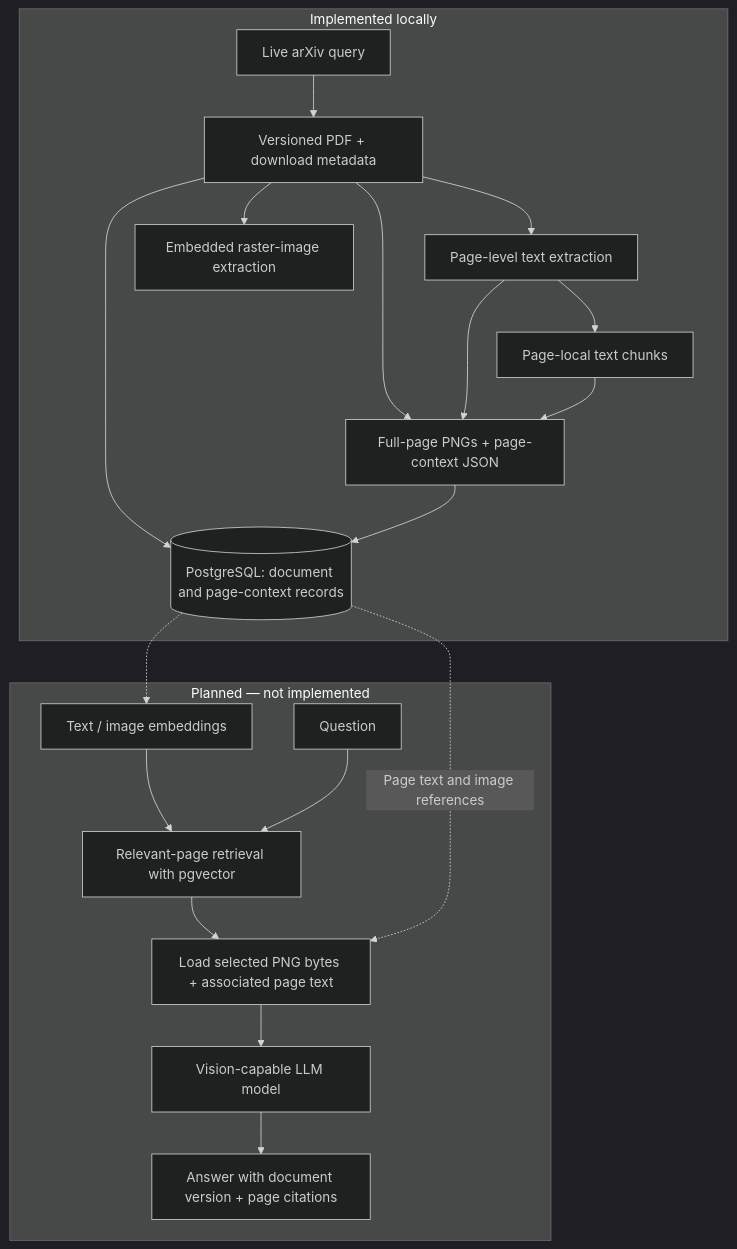
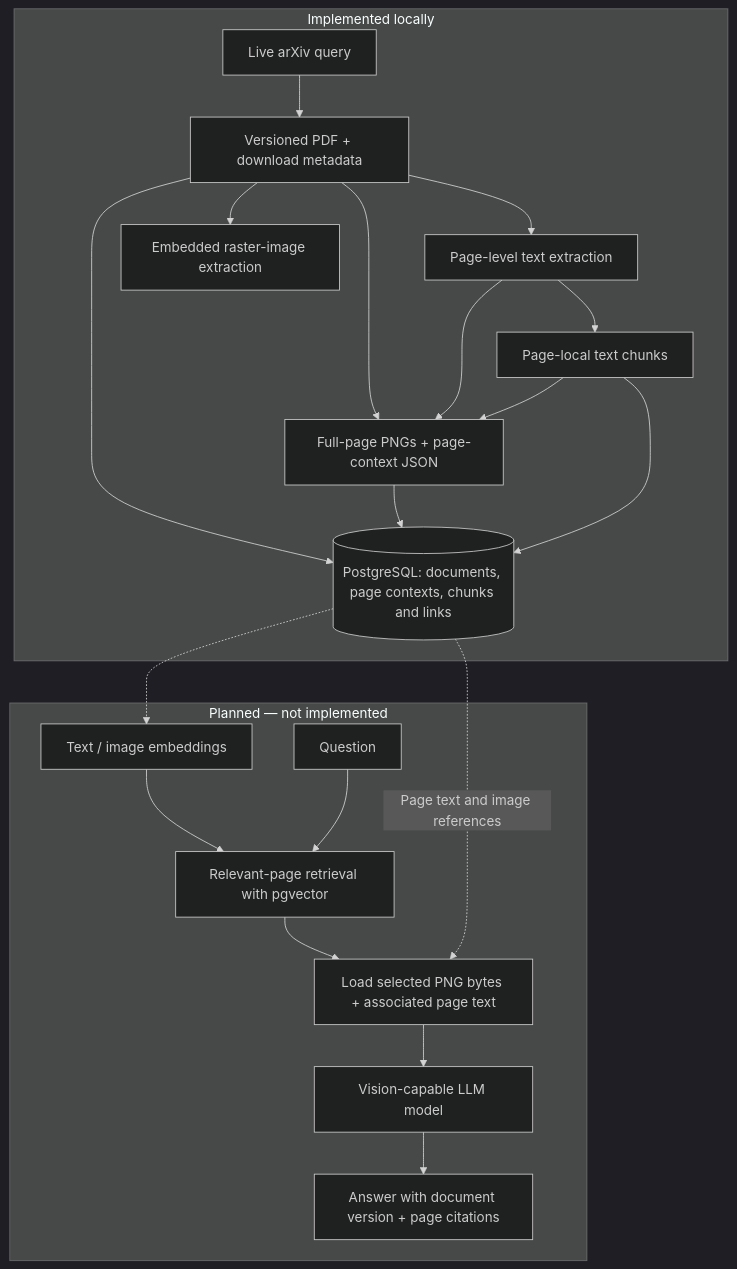
One commit to tubakadriye/search4cure-diabetes-multi-agent-system changed the first of 2 diagrams in README.md. Above: the diagram before and after it, drawn with Mermaid (dark theme). The commit also changed other lines of this file and 8 other files, not shown here.

Commit message:
Store text chunks with page-context links

````diff
--- a/README.md
+++ b/README.md
@@ -25,25 +44,26 @@
 ```mermaid
 flowchart TD
     subgraph implemented["Implemented locally"]
         A["Live arXiv query"] --> B["Versioned PDF + download metadata"]
         B --> C["Page-level text extraction"]
         C --> D["Page-local text chunks"]
         B --> E["Full-page PNGs + page-context JSON"]
         C --> E
         D --> E
         B --> F["Embedded raster-image extraction"]
-        B --> G[("PostgreSQL: document and page-context records")]
+        B --> G[("PostgreSQL: documents, page contexts, chunks and links")]
         E --> G
+        D --> G
     end
 
     subgraph planned["Planned — not implemented"]
         H["Text / image embeddings"] --> I["Relevant-page retrieval with pgvector"]
         Q["Question"] --> I
         I --> J["Load selected PNG bytes + associated page text"]
         J --> K["Vision-capable LLM model"]
         K --> L["Answer with document version + page citations"]
     end
 
     G -.-> H
     G -.->|"Page text and image references"| J
 ```
````
